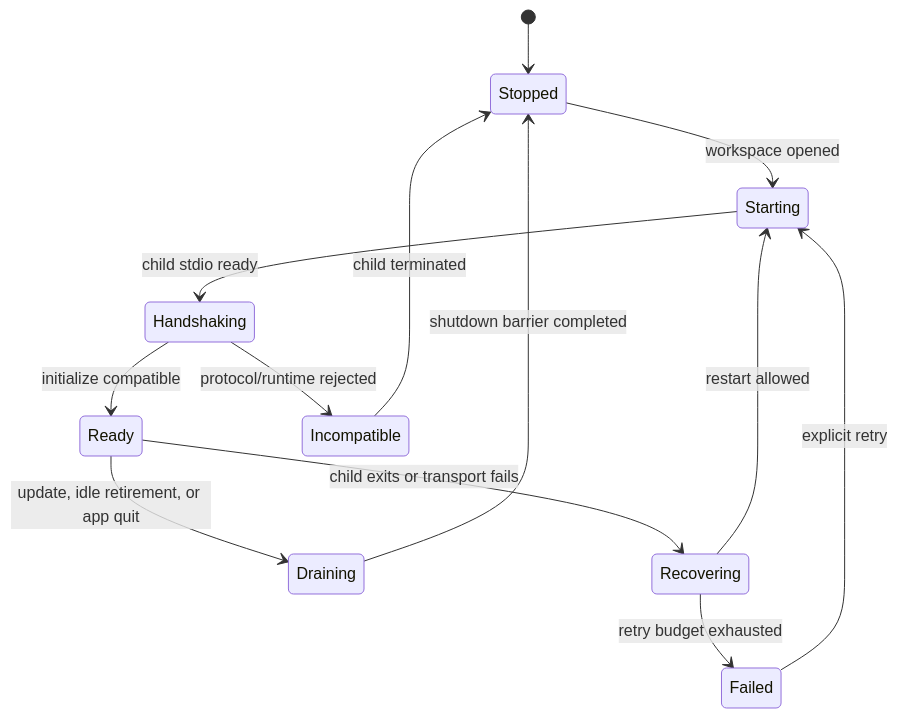
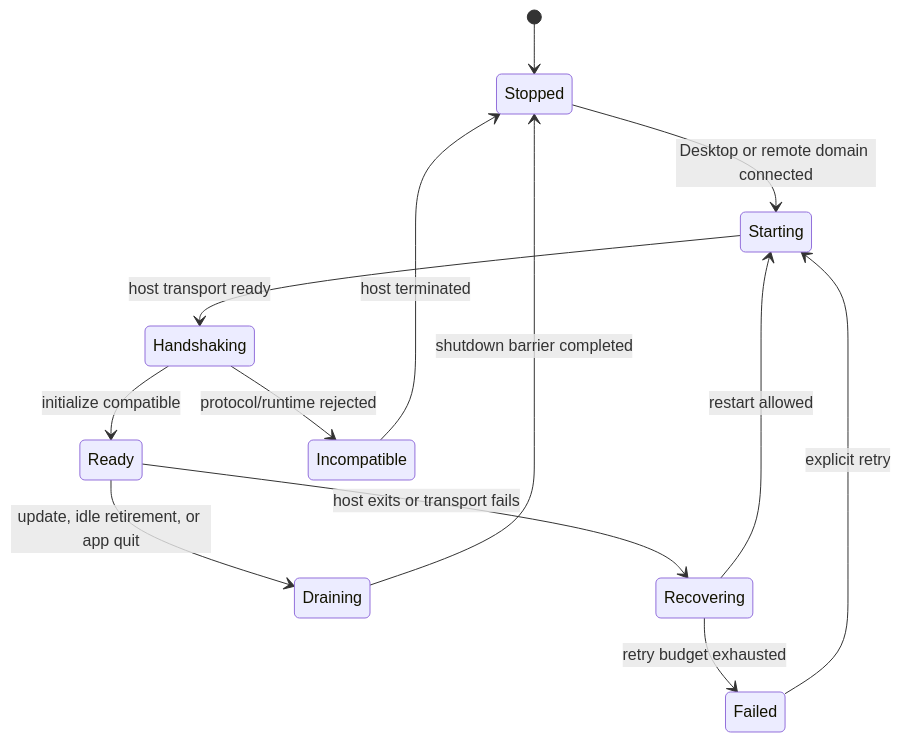
Before and after one commit to Wh1isper/starweaver: the diagram in spec/desktop/02-rpc-client-and-lifecycle.md, drawn with Mermaid. The commit also changed other lines of this file and 98 other files, not shown here.

First line of the commit message:
feat(desktop): add domain host prerequisites (#90)

````diff
--- a/spec/desktop/02-rpc-client-and-lifecycle.md
+++ b/spec/desktop/02-rpc-client-and-lifecycle.md
@@ -11,15 +11,15 @@
 ```mermaid
 stateDiagram-v2
     [*] --> Stopped
-    Stopped --> Starting: workspace opened
-    Starting --> Handshaking: child stdio ready
+    Stopped --> Starting: Desktop or remote domain connected
+    Starting --> Handshaking: host transport ready
     Handshaking --> Ready: initialize compatible
     Handshaking --> Incompatible: protocol/runtime rejected
     Ready --> Draining: update, idle retirement, or app quit
-    Ready --> Recovering: child exits or transport fails
+    Ready --> Recovering: host exits or transport fails
     Draining --> Stopped: shutdown barrier completed
     Recovering --> Starting: restart allowed
     Recovering --> Failed: retry budget exhausted
-    Incompatible --> Stopped: child terminated
+    Incompatible --> Stopped: host terminated
     Failed --> Starting: explicit retry
 ```
````
